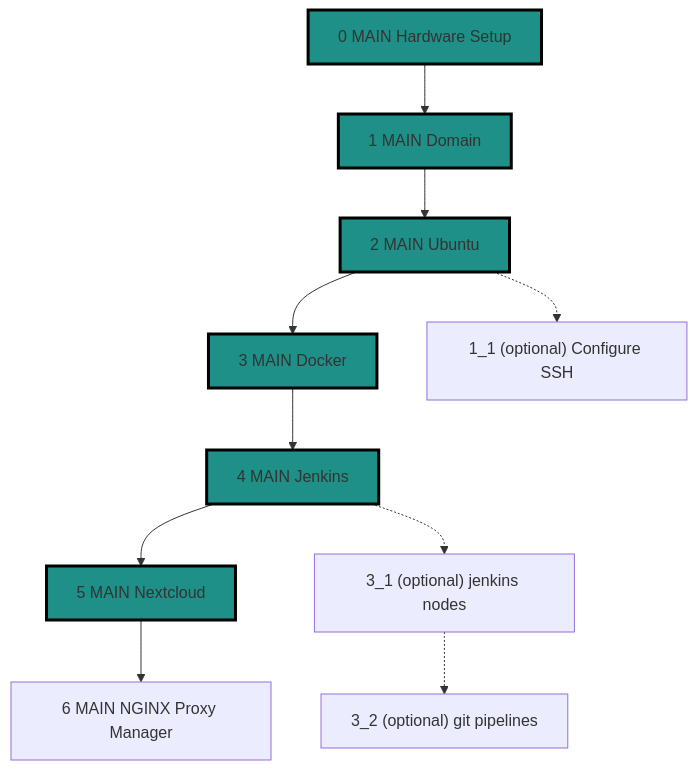
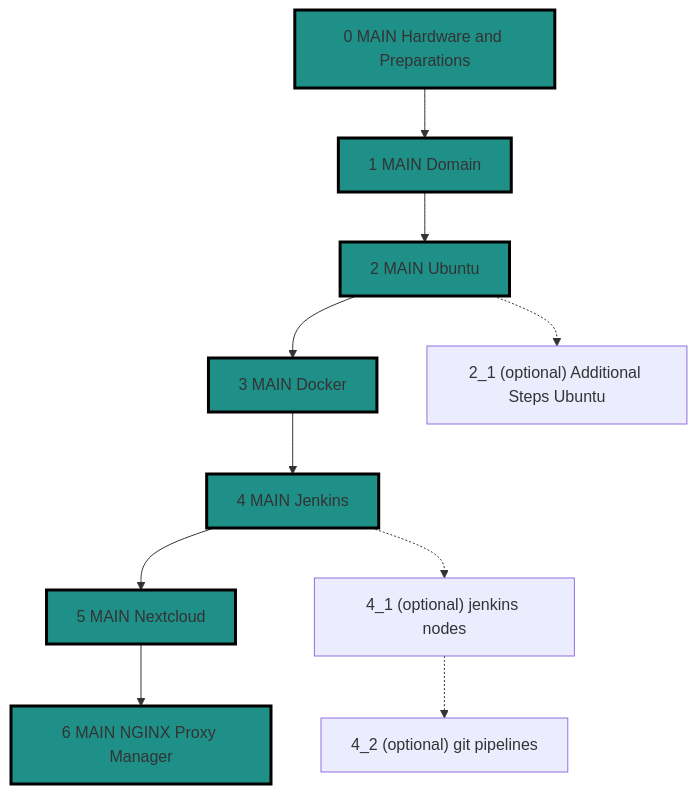
One commit to slreynolds/decentralize-your-internet changed the diagram in README.md. Above: the diagram before and after it, drawn with Mermaid. The commit also changed other lines of this file and 9 other files, not shown here.

````diff
--- a/README.md
+++ b/README.md
@@ -2,20 +9,21 @@
 ```mermaid
 flowchart TD
-    0["0 MAIN Hardware Setup"] --> 1
+    0["0 MAIN Hardware and Preparations"] --> 1
     1["1 MAIN Domain"] --> 2
     2["2 MAIN Ubuntu"] --> 3
     3["3 MAIN Docker"] --> 4
     4["4 MAIN Jenkins"] --> 5
     5["5 MAIN Nextcloud"] --> 6
     6["6 MAIN NGINX Proxy Manager"]
-    2 -.-> 2_1["1_1 (optional) Configure SSH"]
-    4 -.-> 4_1["3_1 (optional) jenkins nodes"]
-    4_1 -.-> 4_2["3_2 (optional) git pipelines"]
+    2 -.-> 2_1["2_1 (optional) Additional Steps Ubuntu"]
+    4 -.-> 4_1["4_1 (optional) jenkins nodes"]
+    4_1 -.-> 4_2["4_2 (optional) git pipelines"]
     
     style 0 fill:#1E9088,stroke:#000,stroke-width:3px
     style 1 fill:#1E9088,stroke:#000,stroke-width:3px
     style 2 fill:#1E9088,stroke:#000,stroke-width:3px
     style 3 fill:#1E9088,stroke:#000,stroke-width:3px
     style 4 fill:#1E9088,stroke:#000,stroke-width:3px
     style 5 fill:#1E9088,stroke:#000,stroke-width:3px
+    style 6 fill:#1E9088,stroke:#000,stroke-width:3px
 ```
````
